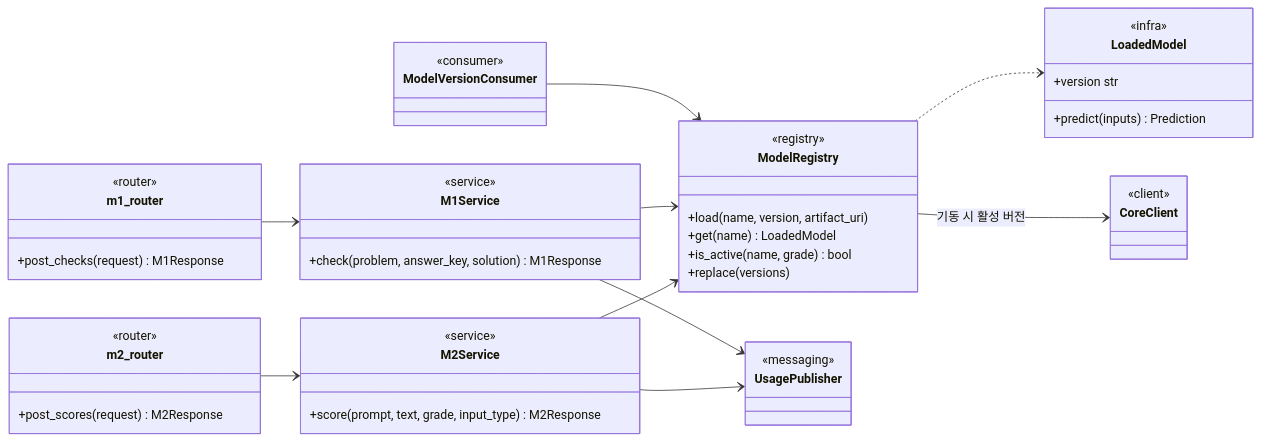
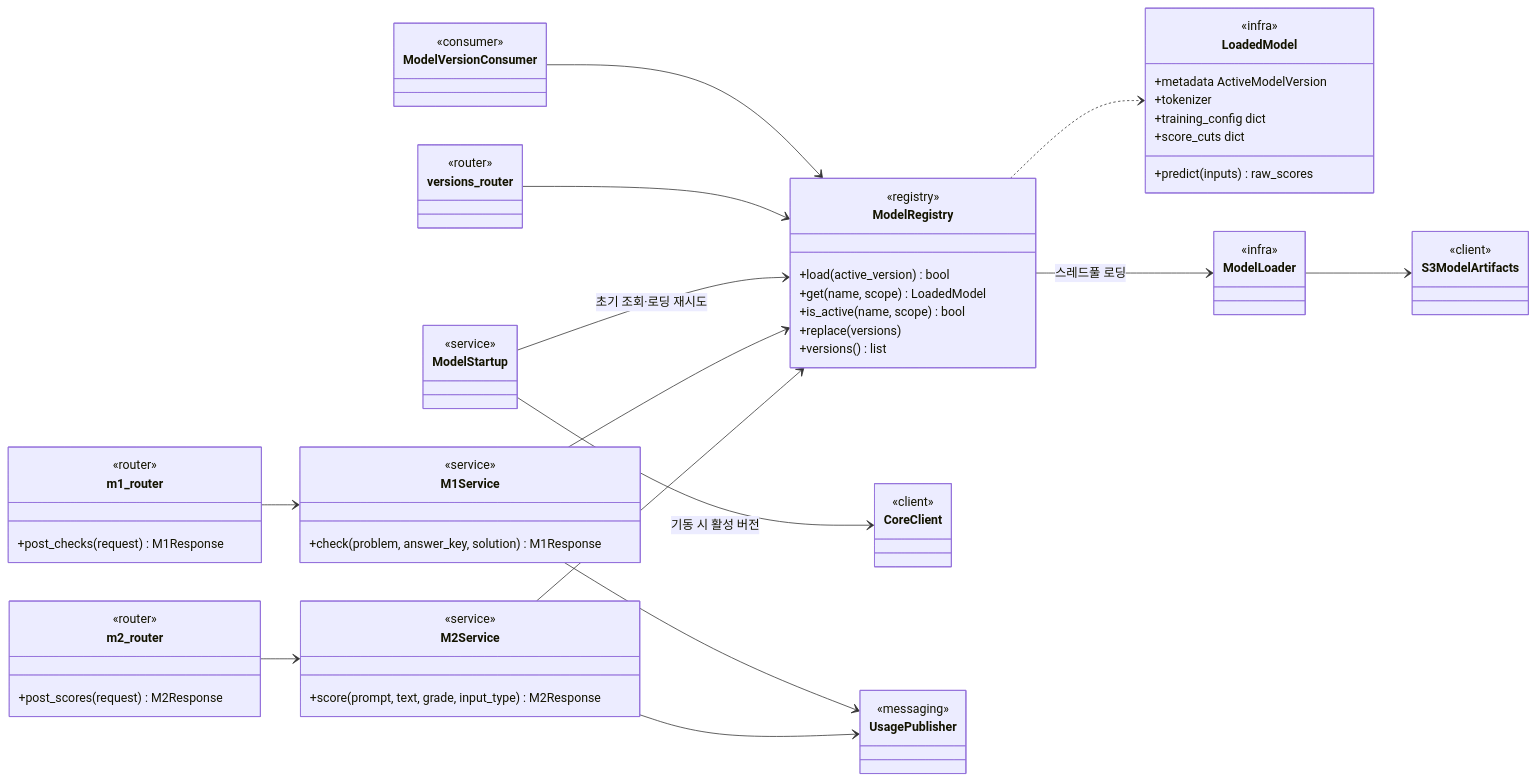
One commit to SKNETWORKS-FAMILY-AICAMP/SKN34-FINAL-3TEAM changed diagram 14 of 15 in docs/design/class-diagram.md. Above: the diagram before and after it, drawn with Mermaid. The commit also changed other lines of this file and 28 other files, not shown here.

First line of the commit message:
feat: add scoring model registry for #85

````diff
--- a/docs/design/class-diagram.md
+++ b/docs/design/class-diagram.md
@@ -1622,45 +1622,57 @@
 ```mermaid
 classDiagram
   direction LR
   class m2_router {
     <<router>>
     +post_scores(request) M2Response
   }
   class m1_router {
     <<router>>
     +post_checks(request) M1Response
   }
   class M2Service {
     <<service>>
     +score(prompt, text, grade, input_type) M2Response
   }
   class M1Service {
     <<service>>
     +check(problem, answer_key, solution) M1Response
   }
   class ModelRegistry {
     <<registry>>
-    +load(name, version, artifact_uri)
-    +get(name) LoadedModel
-    +is_active(name, grade) bool
+    +load(active_version) bool
+    +get(name, scope) LoadedModel
+    +is_active(name, scope) bool
     +replace(versions)
+    +versions() list
   }
   class LoadedModel {
     <<infra>>
-    +version str
-    +predict(inputs) Prediction
+    +metadata ActiveModelVersion
+    +tokenizer
+    +training_config dict
+    +score_cuts dict
+    +predict(inputs) raw_scores
   }
+  class ModelStartup { <<service>> }
+  class ModelLoader { <<infra>> }
+  class S3ModelArtifacts { <<client>> }
+  class versions_router { <<router>> }
   class CoreClient { <<client>> }
   class ModelVersionConsumer { <<consumer>> }
   class UsagePublisher { <<messaging>> }
 
   m2_router --> M2Service
   m1_router --> M1Service
   M2Service --> ModelRegistry
   M1Service --> ModelRegistry
   ModelRegistry ..> LoadedModel
-  ModelRegistry --> CoreClient : 기동 시 활성 버전
+  ModelStartup --> CoreClient : 기동 시 활성 버전
+  ModelStartup --> ModelRegistry : 초기 조회·로딩 재시도
+  ModelRegistry --> ModelLoader : 스레드풀 로딩
+  ModelLoader --> S3ModelArtifacts
+  versions_router --> ModelRegistry
   ModelVersionConsumer --> ModelRegistry
   M2Service --> UsagePublisher
   M1Service --> UsagePublisher
 ```
````
